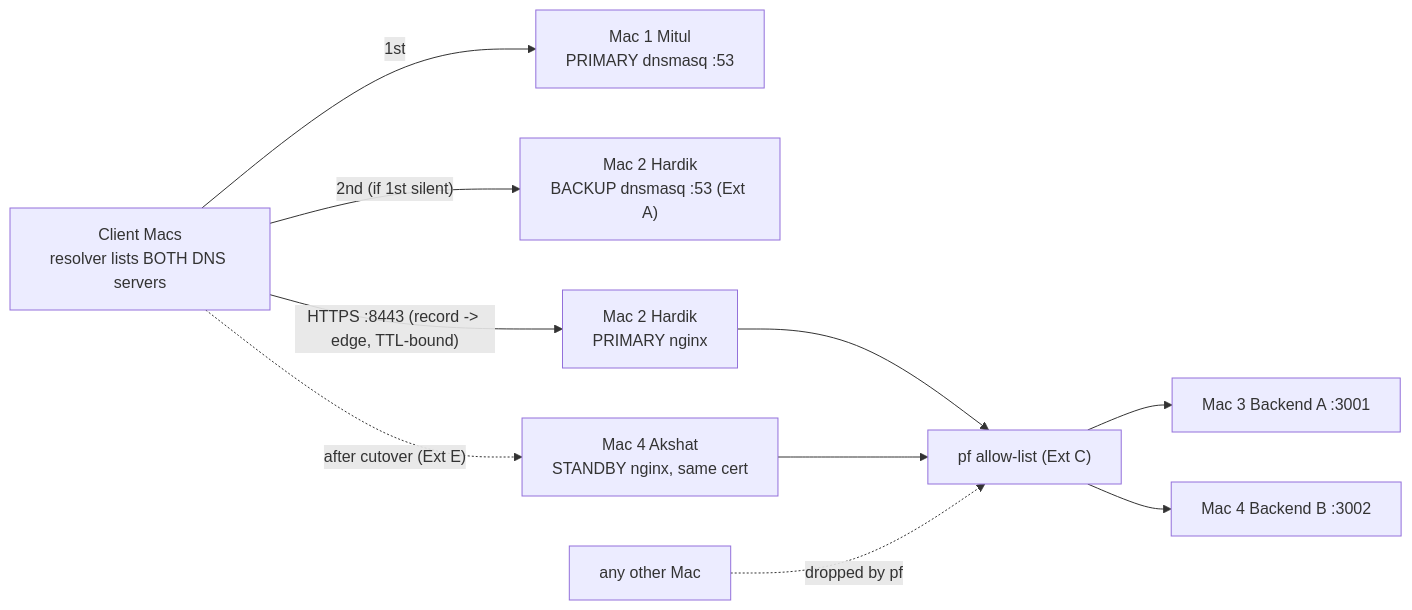
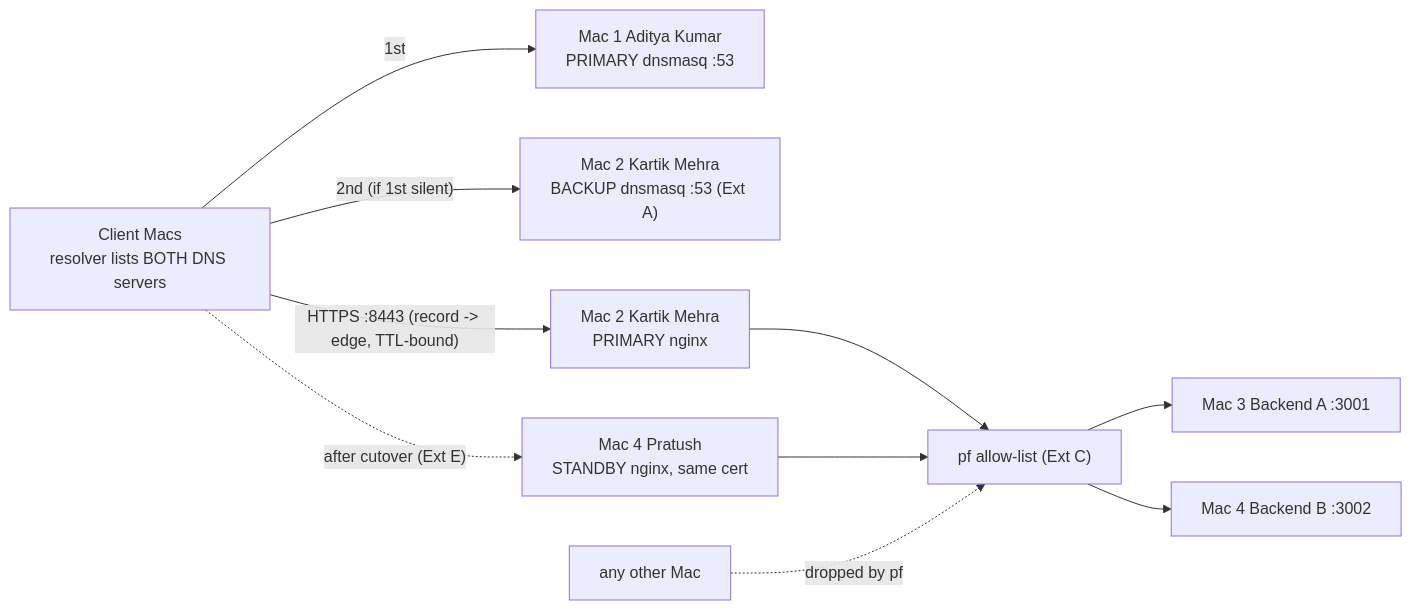
Before and after one commit to KartikMehra22/CN-Project: the seventh of 7 diagrams in docs/diagrams.md, drawn with Mermaid. The commit also changed other lines of this file and 64 other files, not shown here.

````diff
--- a/docs/diagrams.md
+++ b/docs/diagrams.md
@@ -80,12 +80,12 @@
 ```mermaid
 flowchart LR
-  C["Client Macs<br/>resolver lists BOTH DNS servers"] -->|"1st"| D1["Mac 1 Mitul<br/>PRIMARY dnsmasq :53"]
-  C -->|"2nd (if 1st silent)"| D2["Mac 2 Hardik<br/>BACKUP dnsmasq :53 (Ext A)"]
-  C -->|"HTTPS :8443 (record -> edge, TTL-bound)"| E1["Mac 2 Hardik<br/>PRIMARY nginx"]
-  C -.->|"after cutover (Ext E)"| E2["Mac 4 Akshat<br/>STANDBY nginx, same cert"]
+  C["Client Macs<br/>resolver lists BOTH DNS servers"] -->|"1st"| D1["Mac 1 Aditya Kumar<br/>PRIMARY dnsmasq :53"]
+  C -->|"2nd (if 1st silent)"| D2["Mac 2 Kartik Mehra<br/>BACKUP dnsmasq :53 (Ext A)"]
+  C -->|"HTTPS :8443 (record -> edge, TTL-bound)"| E1["Mac 2 Kartik Mehra<br/>PRIMARY nginx"]
+  C -.->|"after cutover (Ext E)"| E2["Mac 4 Pratush<br/>STANDBY nginx, same cert"]
   E1 --> FA["pf allow-list (Ext C)"]
   E2 --> FA
   FA --> BA["Mac 3 Backend A :3001"]
   FA --> BB["Mac 4 Backend B :3002"]
   X["any other Mac"] -. "dropped by pf" .-> FA
 ```
````
